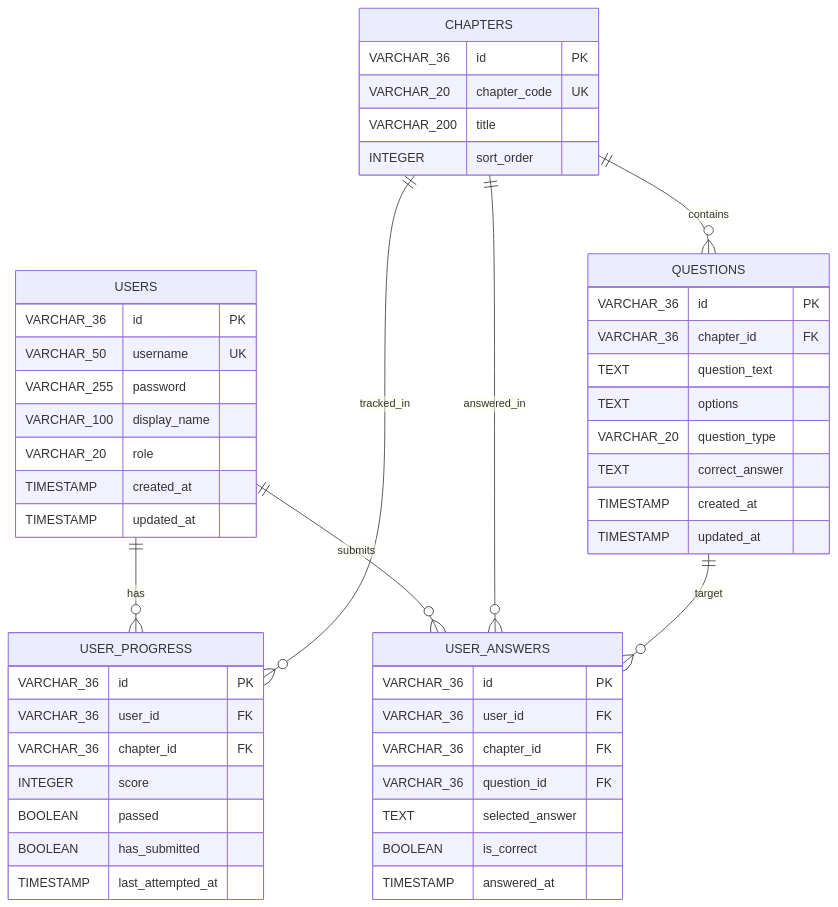
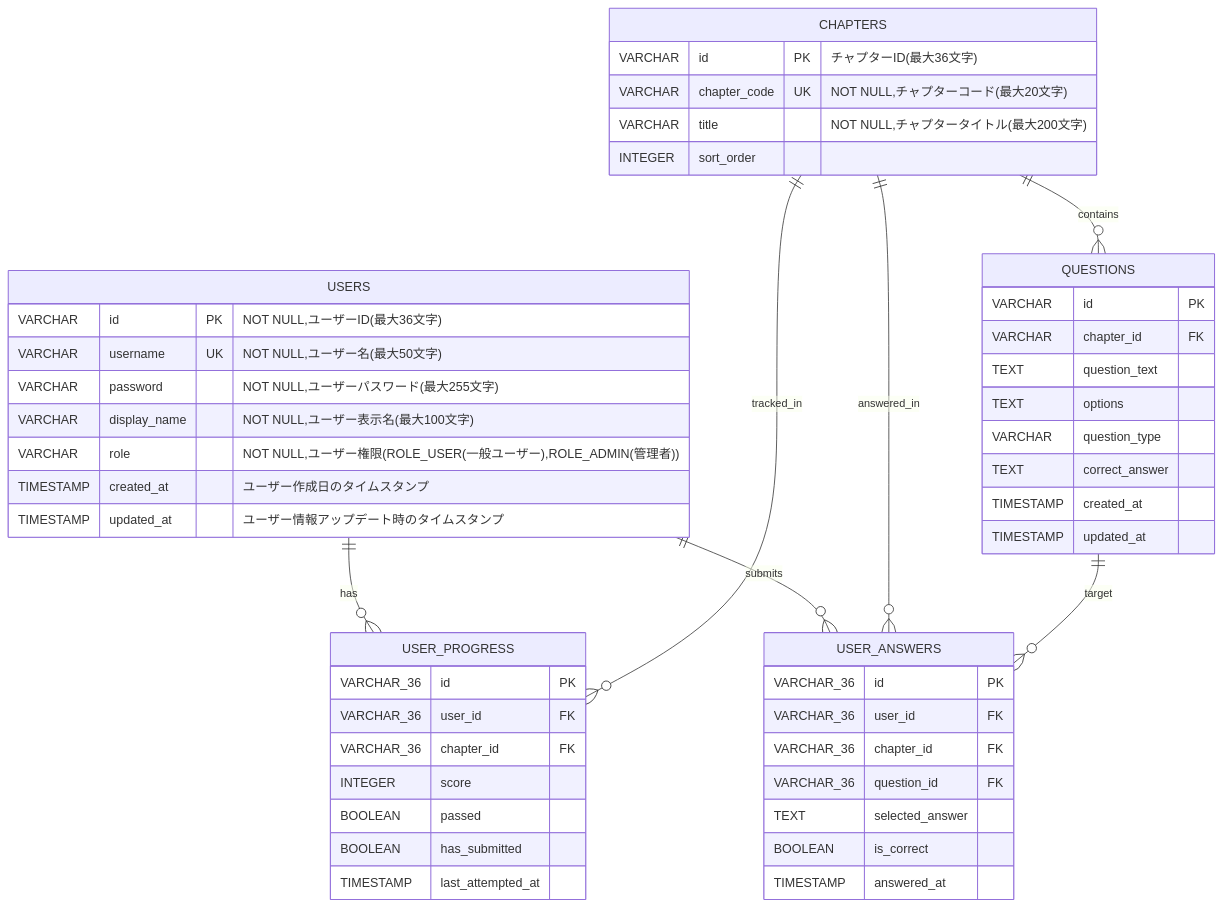
One commit to Java-exam-2026/team4-java-exam-v2 changed the diagram in docs/er-diagram.md. Above: the diagram before and after it, drawn with Mermaid.

Commit message:
ER図作成2日目

````diff
--- a/docs/er-diagram.md
+++ b/docs/er-diagram.md
@@ -15,57 +15,57 @@
 ```mermaid
 erDiagram
     USERS ||--o{ USER_PROGRESS : has
     CHAPTERS ||--o{ USER_PROGRESS : tracked_in
     CHAPTERS ||--o{ QUESTIONS : contains
     USERS ||--o{ USER_ANSWERS : submits
     CHAPTERS ||--o{ USER_ANSWERS : answered_in
     QUESTIONS ||--o{ USER_ANSWERS : target
 
     USERS {
-        VARCHAR_36 id PK
-        VARCHAR_50 username UK
-        VARCHAR_255 password
-        VARCHAR_100 display_name
-        VARCHAR_20 role
-        TIMESTAMP created_at
-        TIMESTAMP updated_at
+        VARCHAR id PK　 "NOT NULL,ユーザーID(最大36文字)"
+        VARCHAR username UK "NOT NULL,ユーザー名(最大50文字)" 
+        VARCHAR password "NOT NULL,ユーザーパスワード(最大255文字)"
+        VARCHAR display_name "NOT NULL,ユーザー表示名(最大100文字)"
+        VARCHAR role "NOT NULL,ユーザー権限(ROLE_USER(一般ユーザー),ROLE_ADMIN(管理者))"
+        TIMESTAMP created_at "ユーザー作成日のタイムスタンプ"
+        TIMESTAMP updated_at "ユーザー情報アップデート時のタイムスタンプ"
     }
 
     CHAPTERS {
-        VARCHAR_36 id PK
-        VARCHAR_20 chapter_code UK
-        VARCHAR_200 title
+        VARCHAR id PK "チャプターID(最大36文字)"
+        VARCHAR chapter_code UK "NOT NULL,チャプターコード(最大20文字)"
+        VARCHAR title "NOT NULL,チャプタータイトル(最大200文字)"
         INTEGER sort_order
     }
 
     QUESTIONS {
-        VARCHAR_36 id PK
-        VARCHAR_36 chapter_id FK
+        VARCHAR id PK 
+        VARCHAR chapter_id FK
         TEXT question_text
         TEXT options
-        VARCHAR_20 question_type
+        VARCHAR question_type
         TEXT correct_answer
         TIMESTAMP created_at
         TIMESTAMP updated_at
     }
 
     USER_PROGRESS {
         VARCHAR_36 id PK
         VARCHAR_36 user_id FK
         VARCHAR_36 chapter_id FK
         INTEGER score
         BOOLEAN passed
         BOOLEAN has_submitted
         TIMESTAMP last_attempted_at
     }
 
     USER_ANSWERS {
         VARCHAR_36 id PK
         VARCHAR_36 user_id FK
         VARCHAR_36 chapter_id FK
         VARCHAR_36 question_id FK
         TEXT selected_answer
         BOOLEAN is_correct
         TIMESTAMP answered_at
     }
 ```
````
